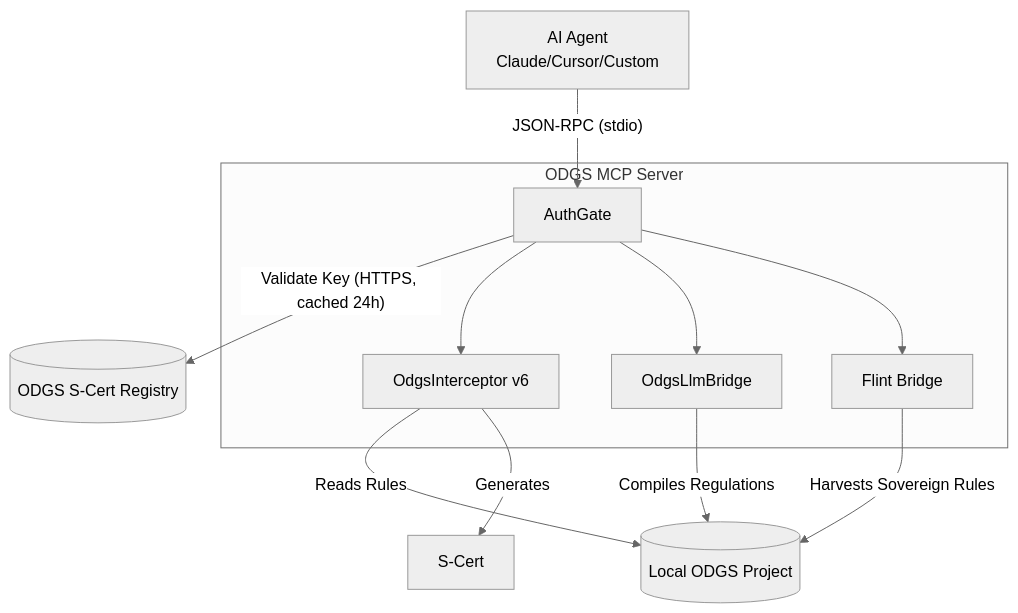
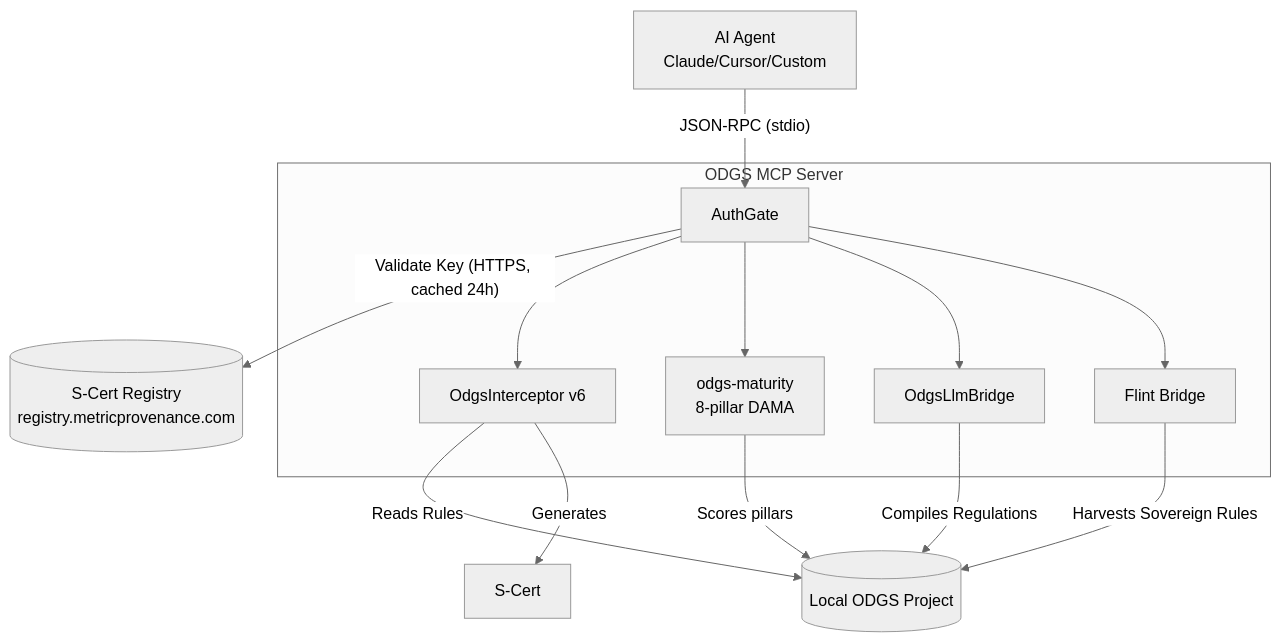
One commit to MetricProvenance/odgs-mcp-server changed the diagram in README.md. Above: the diagram before and after it, drawn with Mermaid (neutral theme). The commit also changed other lines of this file, not shown here.

Commit message:
docs: lift README quality to match protocol — v0.2.0 badge, What's New, 37.6% benchmark hook, maturity scoring, /brief CTAs

````diff
--- a/README.md
+++ b/README.md
@@ -132,26 +171,28 @@
 ```mermaid
 flowchart TB
     Agent[AI Agent\nClaude/Cursor/Custom]
     
     subgraph "ODGS MCP Server"
         Auth[AuthGate]
         Val[OdgsInterceptor v6]
+        Maturity[odgs-maturity\n8-pillar DAMA]
         LLM[OdgsLlmBridge]
         Flint[Flint Bridge]
     end
     
-    Reg[(ODGS S-Cert Registry)]
+    Reg[(S-Cert Registry\nregistry.metricprovenance.com)]
     Project[(Local ODGS Project)]
 
     Agent -- "JSON-RPC (stdio)" --> Auth
     Auth -- "Validate Key (HTTPS, cached 24h)" --> Reg
     Auth --> Val
+    Auth --> Maturity
     Auth --> LLM
     Auth --> Flint
     
     Val -- "Reads Rules" --> Project
     Val -- "Generates" --> SCert[S-Cert]
-    
+    Maturity -- "Scores pillars" --> Project
     LLM -- "Compiles Regulations" --> Project
     Flint -- "Harvests Sovereign Rules" --> Project
 ```
````
